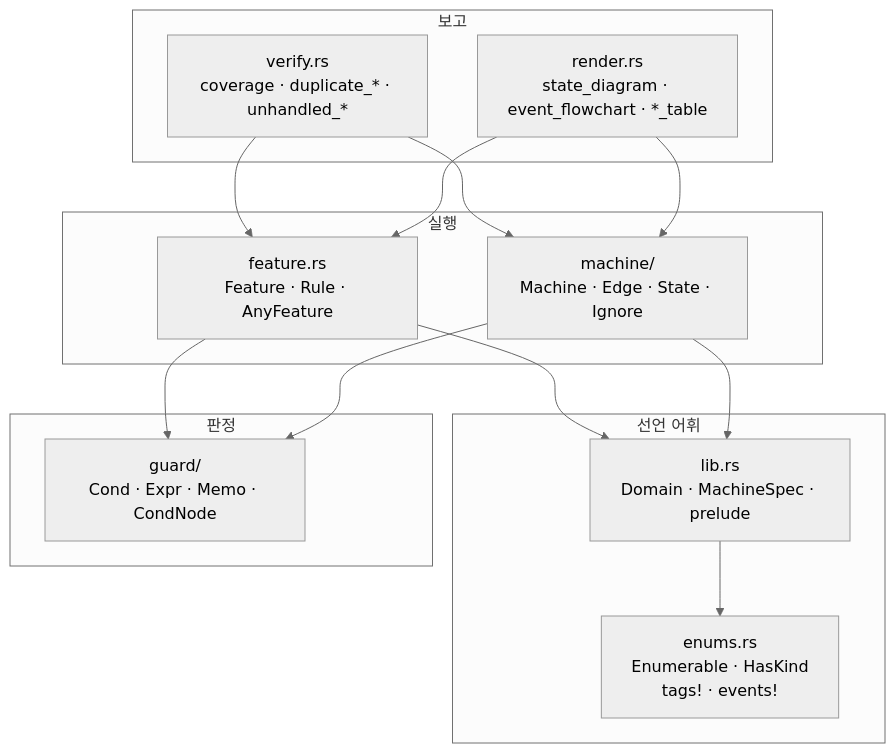
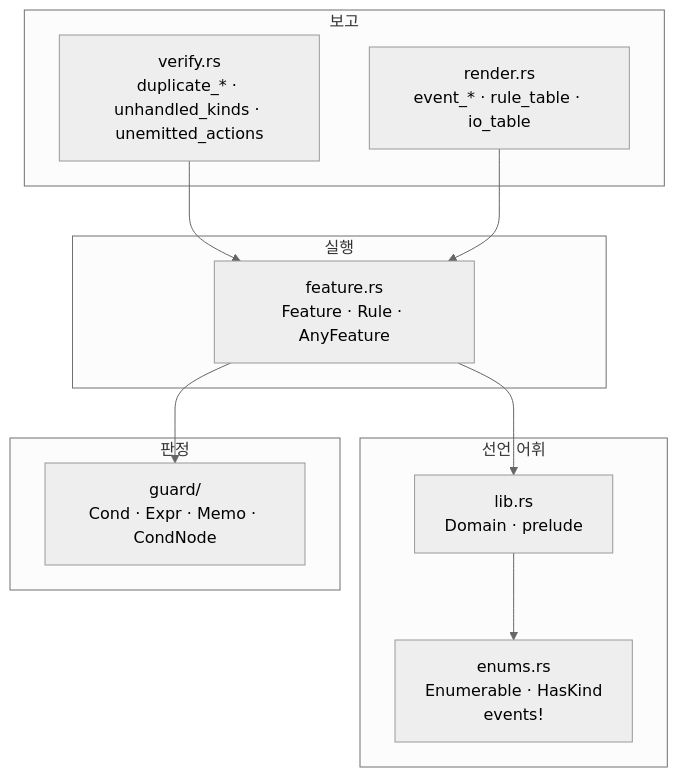
Before and after one commit to 4artit/declared: the first of 2 diagrams in docs/1-structure.md, drawn with Mermaid (neutral theme). The commit also changed other lines of this file and 23 other files, not shown here.

````diff
--- a/docs/1-structure.md
+++ b/docs/1-structure.md
@@ -9,31 +9,26 @@
 ```mermaid
 flowchart TD
     subgraph decl[" 선언 어휘 "]
-        L["lib.rs<br/>Domain · MachineSpec · prelude"]
-        E["enums.rs<br/>Enumerable · HasKind<br/>tags! · events!"]
+        L["lib.rs<br/>Domain · prelude"]
+        E["enums.rs<br/>Enumerable · HasKind<br/>events!"]
     end
 
     subgraph guard[" 판정 "]
         G["guard/<br/>Cond · Expr · Memo · CondNode"]
     end
 
     subgraph run[" 실행 "]
         F["feature.rs<br/>Feature · Rule · AnyFeature"]
-        M["machine/<br/>Machine · Edge · State · Ignore"]
     end
 
     subgraph report[" 보고 "]
-        V["verify.rs<br/>coverage · duplicate_* · unhandled_*"]
-        R["render.rs<br/>state_diagram · event_flowchart · *_table"]
+        V["verify.rs<br/>duplicate_* · unhandled_kinds · unemitted_actions"]
+        R["render.rs<br/>event_* · rule_table · io_table"]
     end
 
     L --> E
     F --> G
-    M --> G
     F --> L
-    M --> L
     V --> F
-    V --> M
     R --> F
-    R --> M
 ```
````
